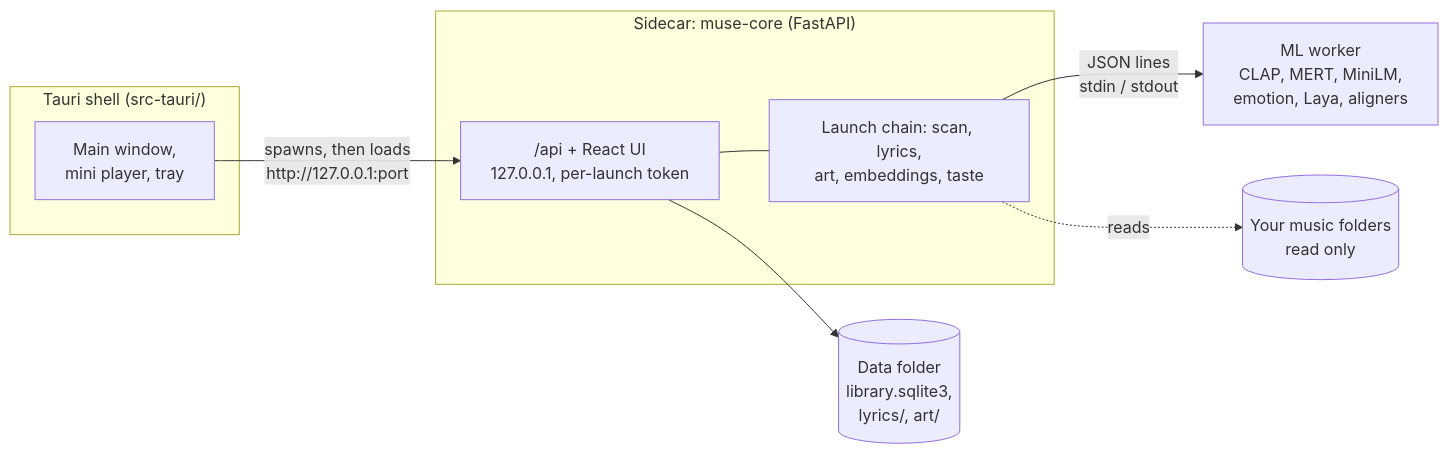
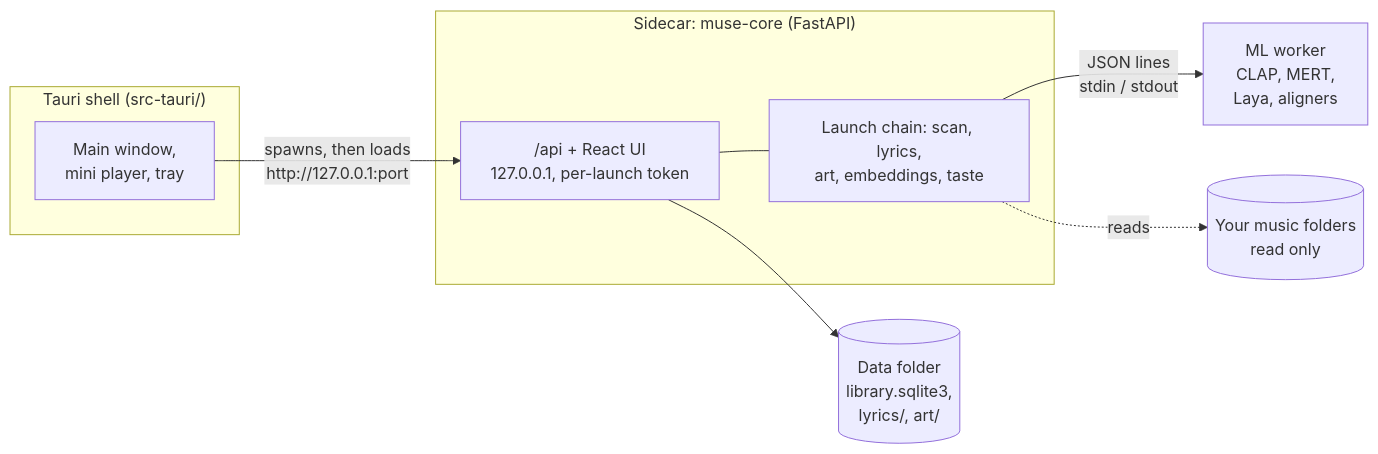
Before and after one commit to IanTheMitten/muse-desktop: the second of 2 diagrams in README.md, drawn with Mermaid. The commit also changed other lines of this file, not shown here.

Commit message:
docs: README describes arc-engine Radio and drops MiniLM and emotion models

````diff
--- a/README.md
+++ b/README.md
@@ -175,18 +178,18 @@
 ```mermaid
 flowchart LR
   subgraph shell ["Tauri shell (src-tauri/)"]
     win["Main window,<br>mini player, tray"]
   end
   subgraph core ["Sidecar: muse-core (FastAPI)"]
     api["/api + React UI<br>127.0.0.1, per-launch token"]
     chain["Launch chain: scan, lyrics,<br>art, embeddings, taste"]
   end
-  worker["ML worker<br>CLAP, MERT, MiniLM,<br>emotion, Laya, aligners"]
+  worker["ML worker<br>CLAP, MERT,<br>Laya, aligners"]
   data[("Data folder<br>library.sqlite3,<br>lyrics/, art/")]
   music[("Your music folders<br>read only")]
   win -- "spawns, then loads<br>http://127.0.0.1:port" --> api
   api --- chain
   chain -- "JSON lines<br>stdin / stdout" --> worker
   api --> data
   chain -. reads .-> music
 ```
````
